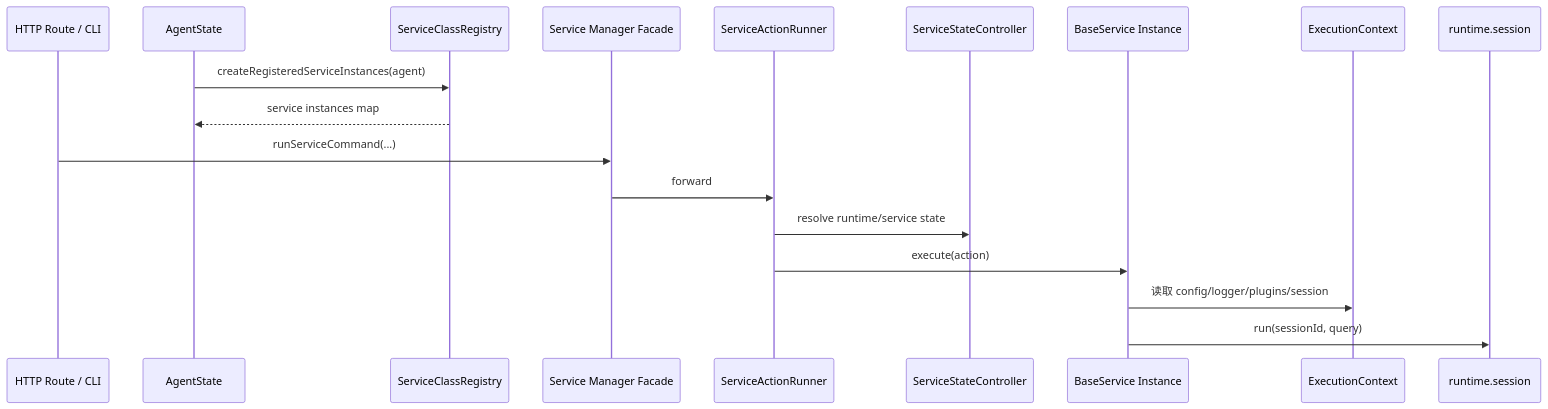
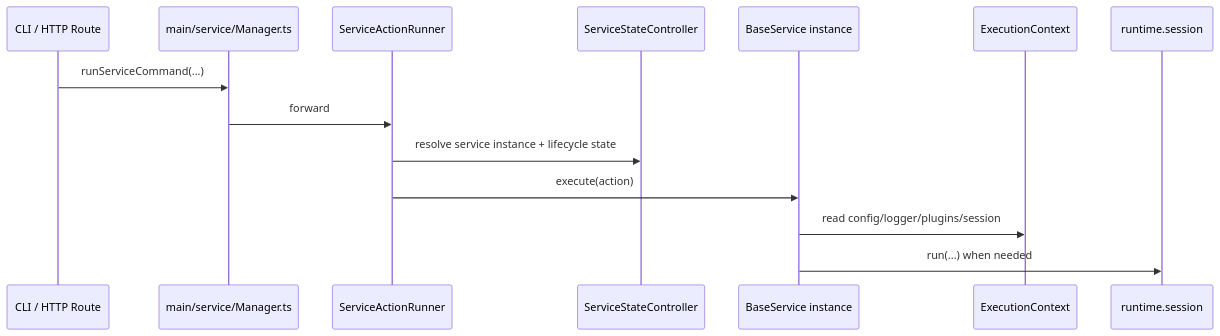
One commit to wangenius/downcity changed the second of 5 diagrams in devdocs/service-and-plugin.md. Above: the diagram before and after it, drawn with Mermaid. The commit also changed other lines of this file and 123 other files, not shown here.

````diff
--- a/devdocs/service-and-plugin.md
+++ b/devdocs/service-and-plugin.md
@@ -94,21 +151,17 @@
 ```mermaid
 sequenceDiagram
-  participant Route as HTTP Route / CLI
-  participant Agent as AgentState
-  participant Registry as ServiceClassRegistry
-  participant Manager as Service Manager Facade
-  participant Runner as ServiceActionRunner
-  participant RuntimeCtl as ServiceStateController
-  participant Service as BaseService Instance
-  participant Runtime as ExecutionContext
-  participant Session as runtime.session
+  participant CLI as CLI / HTTP Route
+  participant MANAGER as main/service/Manager.ts
+  participant RUNNER as ServiceActionRunner
+  participant STATE as ServiceStateController
+  participant SERVICE as BaseService instance
+  participant CTX as ExecutionContext
+  participant SESSION as runtime.session
 
-  Agent->>Registry: createRegisteredServiceInstances(agent)
-  Registry-->>Agent: service instances map
-  Route->>Manager: runServiceCommand(...)
-  Manager->>Runner: forward
-  Runner->>RuntimeCtl: resolve runtime/service state
-  Runner->>Service: execute(action)
-  Service->>Runtime: 读取 config/logger/plugins/session
-  Service->>Session: run(sessionId, query)
+  CLI->>MANAGER: runServiceCommand(...)
+  MANAGER->>RUNNER: forward
+  RUNNER->>STATE: resolve service instance + lifecycle state
+  RUNNER->>SERVICE: execute(action)
+  SERVICE->>CTX: read config/logger/plugins/session
+  SERVICE->>SESSION: run(...) when needed
 ```
````
